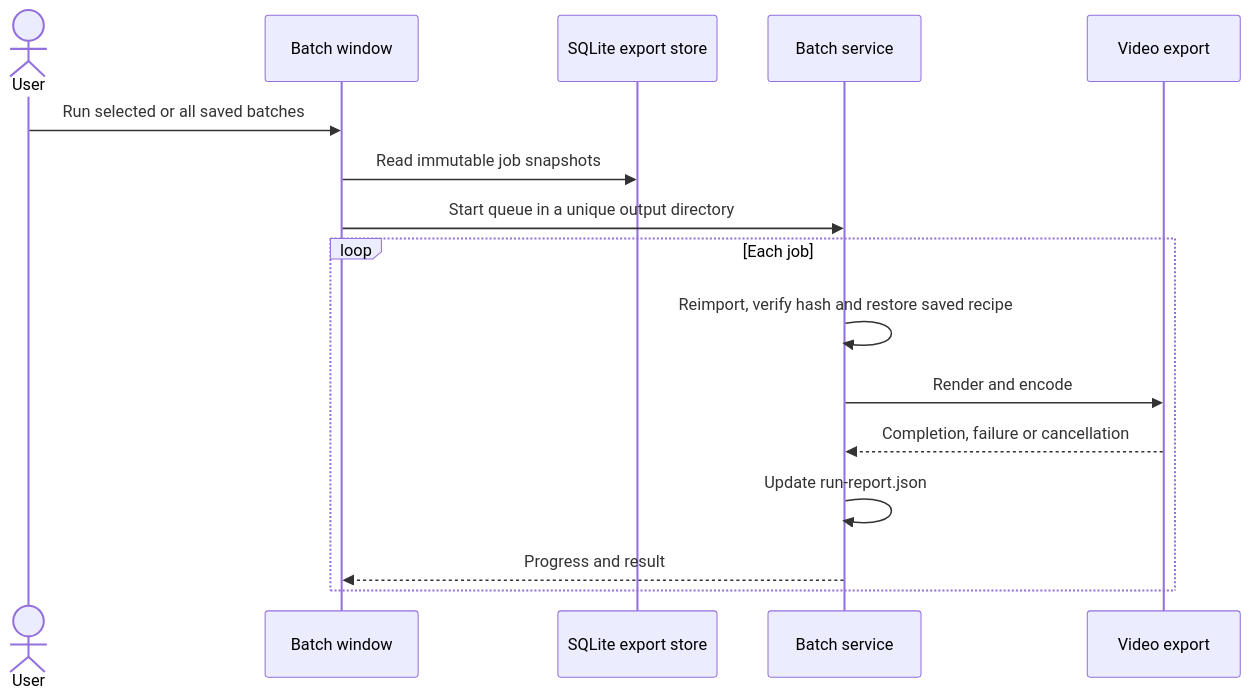
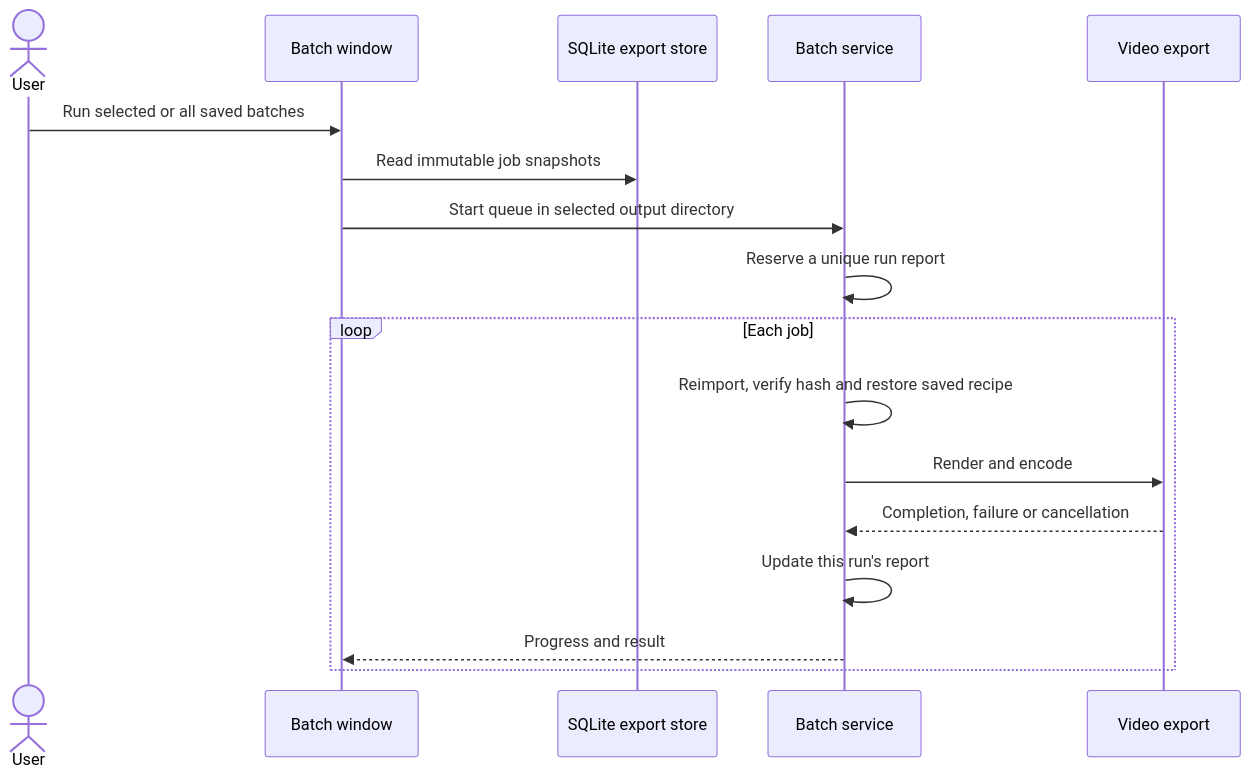
Before and after one commit to rudnerbjoern/ride-forces-analyzer: the fourth of 4 diagrams in docs/architecture/06_runtime_view.md, drawn with Mermaid. The commit also changed 20 other files, not shown here.

````diff
--- a/docs/architecture/06_runtime_view.md
+++ b/docs/architecture/06_runtime_view.md
@@ -212,18 +212,19 @@
 ```mermaid
 sequenceDiagram
     actor User
     participant UI as Batch window
     participant Store as SQLite export store
     participant Queue as Batch service
     participant Encoder as Video export
     User->>UI: Run selected or all saved batches
     UI->>Store: Read immutable job snapshots
-    UI->>Queue: Start queue in a unique output directory
+    UI->>Queue: Start queue in selected output directory
+    Queue->>Queue: Reserve a unique run report
     loop Each job
         Queue->>Queue: Reimport, verify hash and restore saved recipe
         Queue->>Encoder: Render and encode
         Encoder-->>Queue: Completion, failure or cancellation
-        Queue->>Queue: Update run-report.json
+        Queue->>Queue: Update this run's report
         Queue-->>UI: Progress and result
     end
 ```
````
